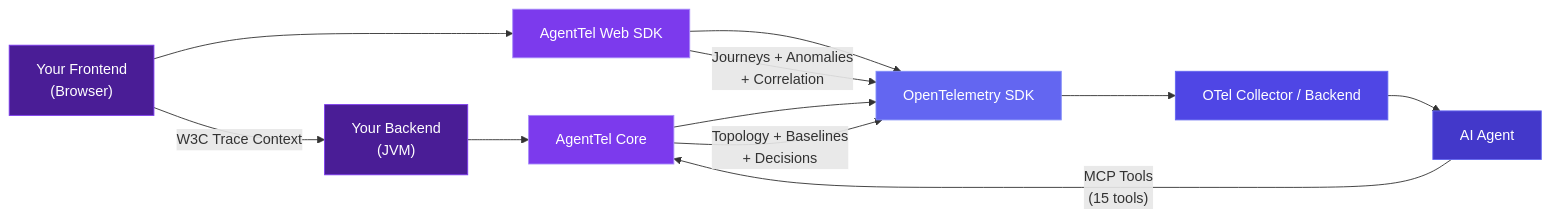
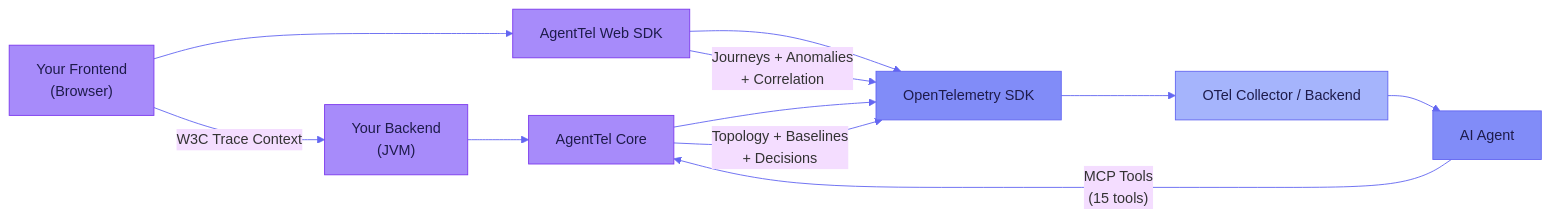
Before and after one commit to rrohitramsen/AgentTel: the first of 2 diagrams in docs/index.md, drawn with Mermaid. The commit also changed other lines of this file and 44 other files, not shown here.

````diff
--- a/docs/index.md
+++ b/docs/index.md
@@ -49,22 +59,23 @@
 ```mermaid
+%%{init: {'theme': 'base', 'themeVariables': {'lineColor': '#6366f1'}}}%%
 graph LR
     B1["Your Backend<br/>(JVM)"] --> AT1["AgentTel Core"]
     B2["Your Frontend<br/>(Browser)"] --> AT2["AgentTel Web SDK"]
     AT1 --> C["OpenTelemetry SDK"]
     AT2 --> C
     C --> D["OTel Collector / Backend"]
     D --> E["AI Agent"]
 
     AT1 -->|"Topology + Baselines<br/>+ Decisions"| C
     AT2 -->|"Journeys + Anomalies<br/>+ Correlation"| C
     E -->|"MCP Tools<br/>(15 tools)"| AT1
     B2 -->|"W3C Trace Context"| B1
 
-    style B1 fill:#4a1d96,stroke:#7c3aed,color:#fff
-    style B2 fill:#4a1d96,stroke:#7c3aed,color:#fff
-    style AT1 fill:#7c3aed,stroke:#a78bfa,color:#fff
-    style AT2 fill:#7c3aed,stroke:#a78bfa,color:#fff
-    style C fill:#6366f1,stroke:#818cf8,color:#fff
-    style D fill:#4f46e5,stroke:#6366f1,color:#fff
-    style E fill:#4338ca,stroke:#6366f1,color:#fff
+    style B1 fill:#a78bfa,stroke:#7c3aed,color:#1e1b4b
+    style B2 fill:#a78bfa,stroke:#7c3aed,color:#1e1b4b
+    style AT1 fill:#a78bfa,stroke:#7c3aed,color:#1e1b4b
+    style AT2 fill:#a78bfa,stroke:#7c3aed,color:#1e1b4b
+    style C fill:#818cf8,stroke:#6366f1,color:#1e1b4b
+    style D fill:#a5b4fc,stroke:#6366f1,color:#1e1b4b
+    style E fill:#818cf8,stroke:#6366f1,color:#1e1b4b
 ```
````
